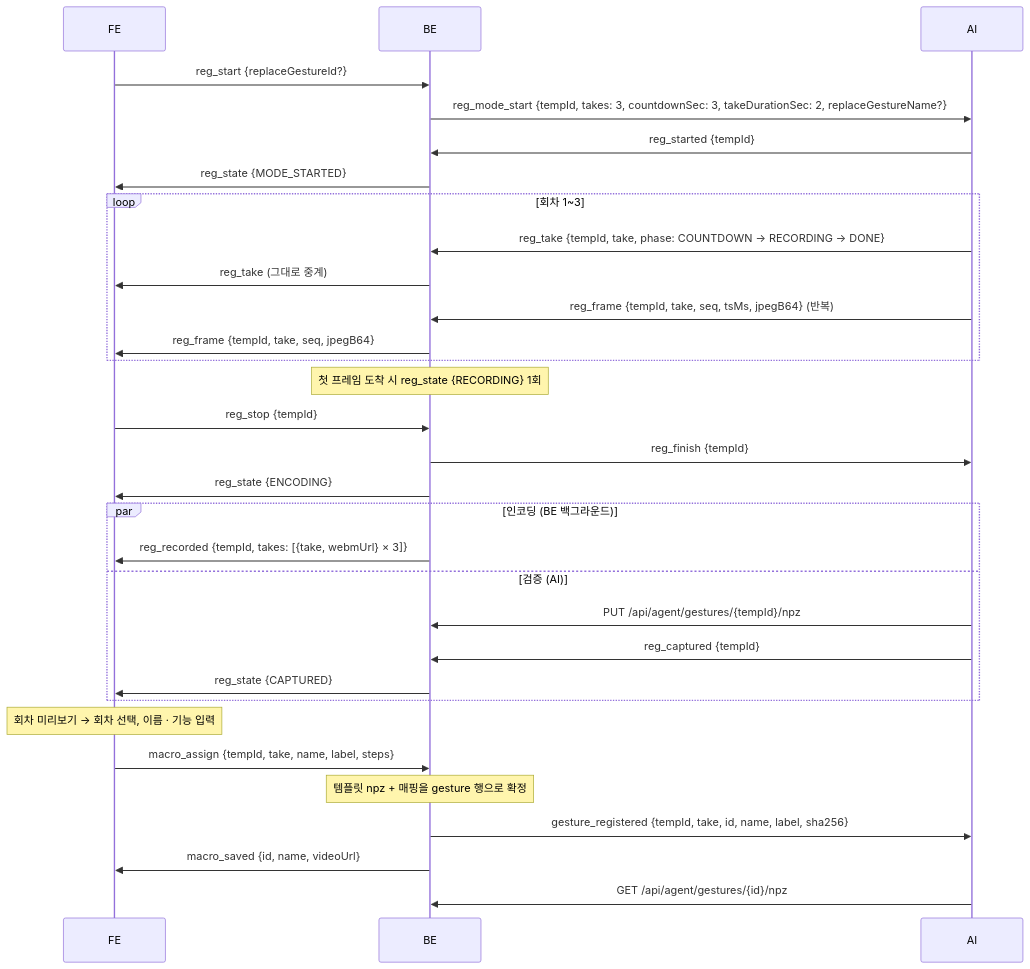
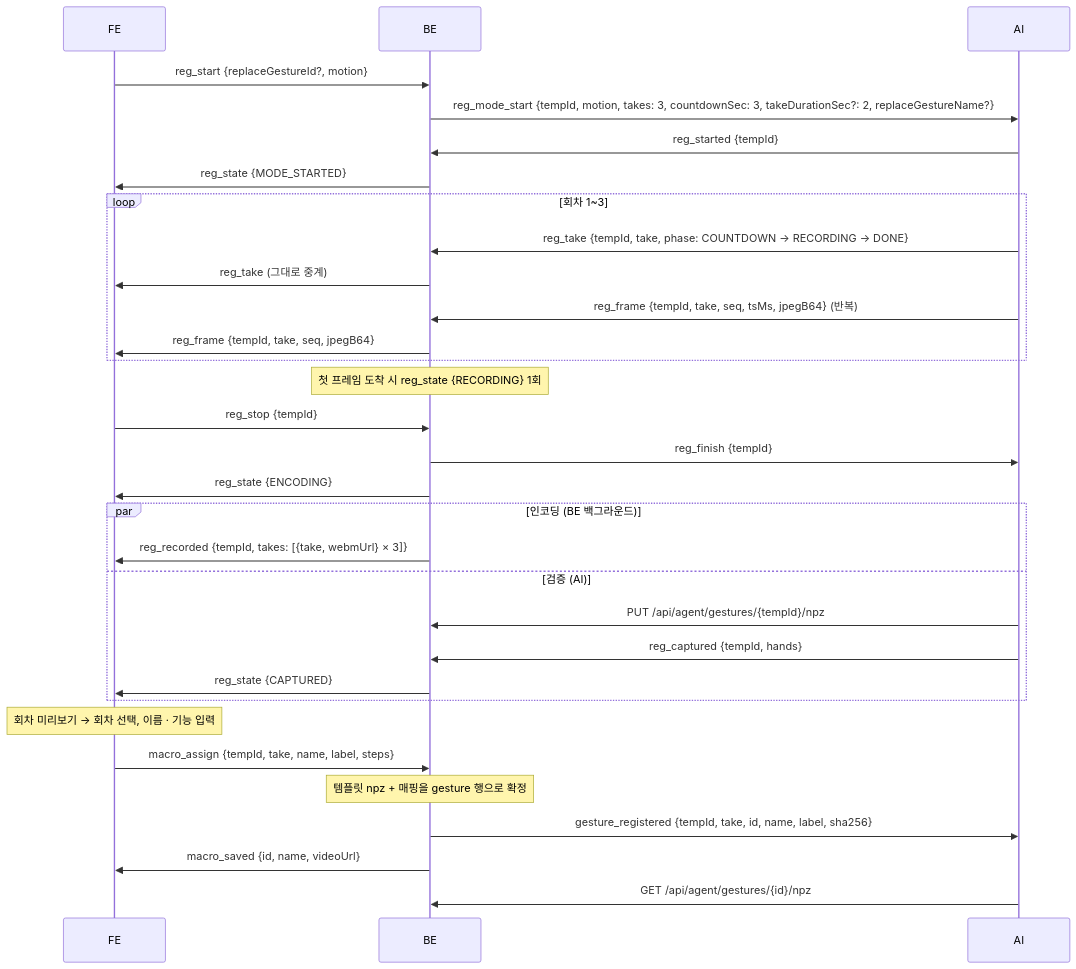
One commit to 42JH/SIA changed the sixth of 12 diagrams in Backend/docs/프로토콜.md. Above: the diagram before and after it, drawn with Mermaid. The commit also changed other lines of this file and 1 other file, not shown here.

````diff
--- a/Backend/docs/프로토콜.md
+++ b/Backend/docs/프로토콜.md
@@ -905,33 +907,33 @@
 ```mermaid
 sequenceDiagram
     participant FE
     participant BE
     participant AI
-    FE->>BE: reg_start {replaceGestureId?}
-    BE->>AI: reg_mode_start {tempId, takes: 3, countdownSec: 3, takeDurationSec: 2, replaceGestureName?}
+    FE->>BE: reg_start {replaceGestureId?, motion}
+    BE->>AI: reg_mode_start {tempId, motion, takes: 3, countdownSec: 3, takeDurationSec?: 2, replaceGestureName?}
     AI->>BE: reg_started {tempId}
     BE->>FE: reg_state {MODE_STARTED}
     loop 회차 1~3
         AI->>BE: reg_take {tempId, take, phase: COUNTDOWN → RECORDING → DONE}
         BE->>FE: reg_take (그대로 중계)
         AI->>BE: reg_frame {tempId, take, seq, tsMs, jpegB64} (반복)
         BE->>FE: reg_frame {tempId, take, seq, jpegB64}
     end
     Note over BE: 첫 프레임 도착 시 reg_state {RECORDING} 1회
     FE->>BE: reg_stop {tempId}
     BE->>AI: reg_finish {tempId}
     BE->>FE: reg_state {ENCODING}
     par 인코딩 (BE 백그라운드)
         BE->>FE: reg_recorded {tempId, takes: [{take, webmUrl} × 3]}
     and 검증 (AI)
         AI->>BE: PUT /api/agent/gestures/{tempId}/npz
-        AI->>BE: reg_captured {tempId}
+        AI->>BE: reg_captured {tempId, hands}
         BE->>FE: reg_state {CAPTURED}
     end
     Note over FE: 회차 미리보기 → 회차 선택, 이름 · 기능 입력
     FE->>BE: macro_assign {tempId, take, name, label, steps}
     Note over BE: 템플릿 npz + 매핑을 gesture 행으로 확정
     BE->>AI: gesture_registered {tempId, take, id, name, label, sha256}
     BE->>FE: macro_saved {id, name, videoUrl}
     AI->>BE: GET /api/agent/gestures/{id}/npz
 ```
````
